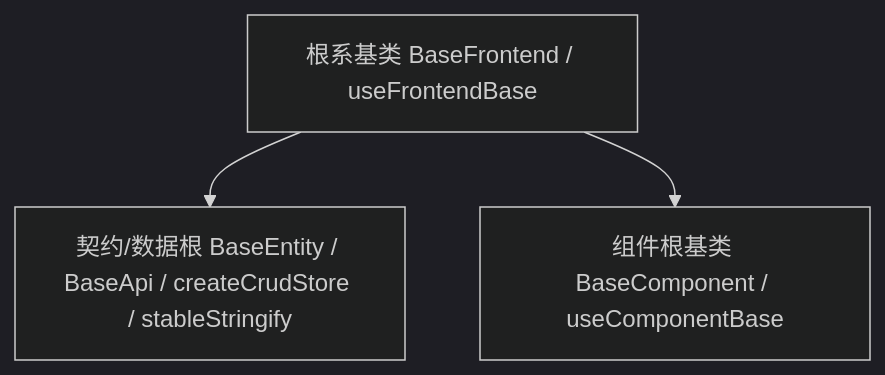
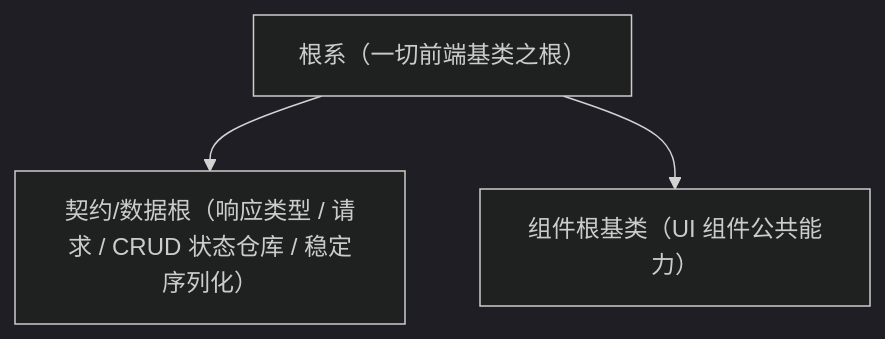
Before and after one commit to minjian123/basic-management-system: the diagram in bms文档/设计/组件设计/02_基础组件类/01_机制基类/01_组件设计_根系基类/01_组件设计_根系基类.md, drawn with Mermaid (dark theme). The commit also changed other lines of this file and 9 other files, not shown here.

````diff
--- a/bms文档/设计/组件设计/02_基础组件类/01_机制基类/01_组件设计_根系基类/01_组件设计_根系基类.md
+++ b/bms文档/设计/组件设计/02_基础组件类/01_机制基类/01_组件设计_根系基类/01_组件设计_根系基类.md
@@ -15,8 +16,8 @@
 ```mermaid
 flowchart TD
-    根系["根系基类 BaseFrontend / useFrontendBase"]
-    DATA["契约/数据根 BaseEntity / BaseApi / createCrudStore / stableStringify"]
-    COMP["组件根基类 BaseComponent / useComponentBase"]
+    根系["根系（一切前端基类之根）"]
+    DATA["契约/数据根（响应类型 / 请求 / CRUD 状态仓库 / 稳定序列化）"]
+    COMP["组件根基类（UI 组件公共能力）"]
     根系 --> DATA
     根系 --> COMP
 ```
````
